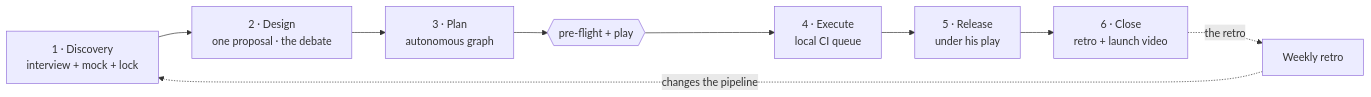
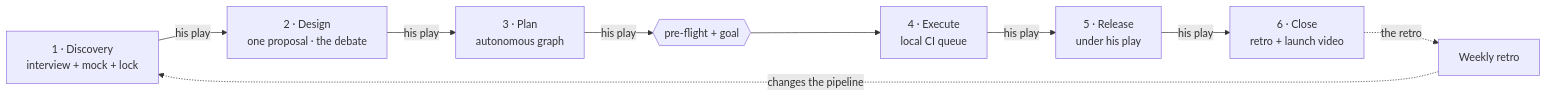
The diagram in README.md (farias-77/skills), drawn with Mermaid before and after one commit. The commit also changed other lines of this file and 9 other files, not shown here.

First line of the commit message:
every stage starts on his play; no stage starts the next one

````diff
--- a/README.md
+++ b/README.md
@@ -39,11 +39,11 @@
 ```mermaid
 flowchart LR
-  D1["1 · Discovery<br/>interview + mock + lock"] --> D2["2 · Design<br/>one proposal · the debate"]
-  D2 --> D3["3 · Plan<br/>autonomous graph"]
-  D3 --> PF{{"pre-flight + play"}}
+  D1["1 · Discovery<br/>interview + mock + lock"] -- "his play" --> D2["2 · Design<br/>one proposal · the debate"]
+  D2 -- "his play" --> D3["3 · Plan<br/>autonomous graph"]
+  D3 -- "his play" --> PF{{"pre-flight + goal"}}
   PF --> D4["4 · Execute<br/>local CI queue"]
-  D4 --> D5["5 · Release<br/>under his play"]
-  D5 --> D6["6 · Close<br/>retro + launch video"]
+  D4 -- "his play" --> D5["5 · Release<br/>under his play"]
+  D5 -- "his play" --> D6["6 · Close<br/>retro + launch video"]
   D6 -. "the retro" .-> W["Weekly retro"]
   W -. "changes the pipeline" .-> D1
 ```
````
